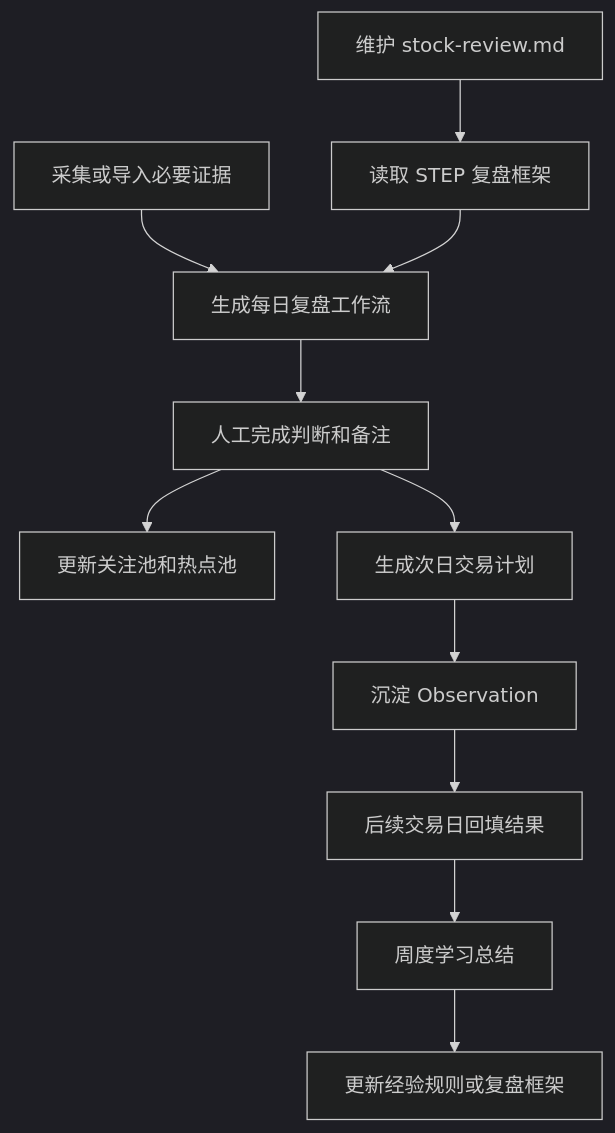
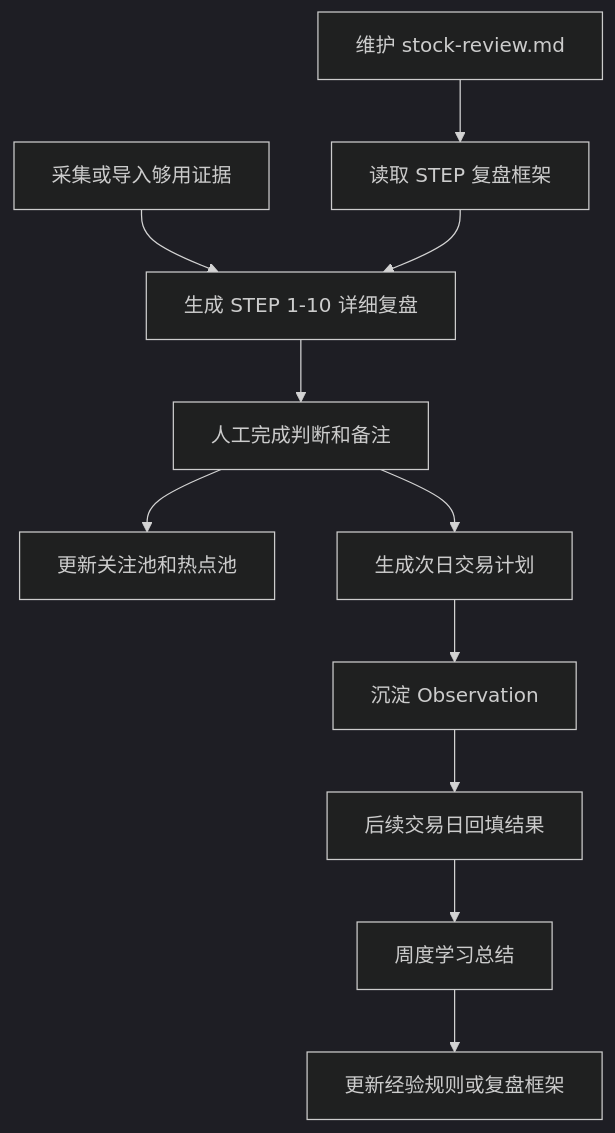
Before and after one commit to Clementine1995/ai-stock-review: the diagram in README.md, drawn with Mermaid (dark theme). The commit also changed other lines of this file and 75 other files, not shown here.

````diff
--- a/README.md
+++ b/README.md
@@ -26,13 +30,13 @@
 ```mermaid
 flowchart TD
     A["维护 stock-review.md"] --> B["读取 STEP 复盘框架"]
-    C["采集或导入必要证据"] --> D["生成每日复盘工作流"]
+    C["采集或导入够用证据"] --> D["生成 STEP 1-10 详细复盘"]
     B --> D
     D --> E["人工完成判断和备注"]
     E --> F["更新关注池和热点池"]
     E --> G["生成次日交易计划"]
     G --> H["沉淀 Observation"]
     H --> I["后续交易日回填结果"]
     I --> J["周度学习总结"]
     J --> K["更新经验规则或复盘框架"]
 ```
````
